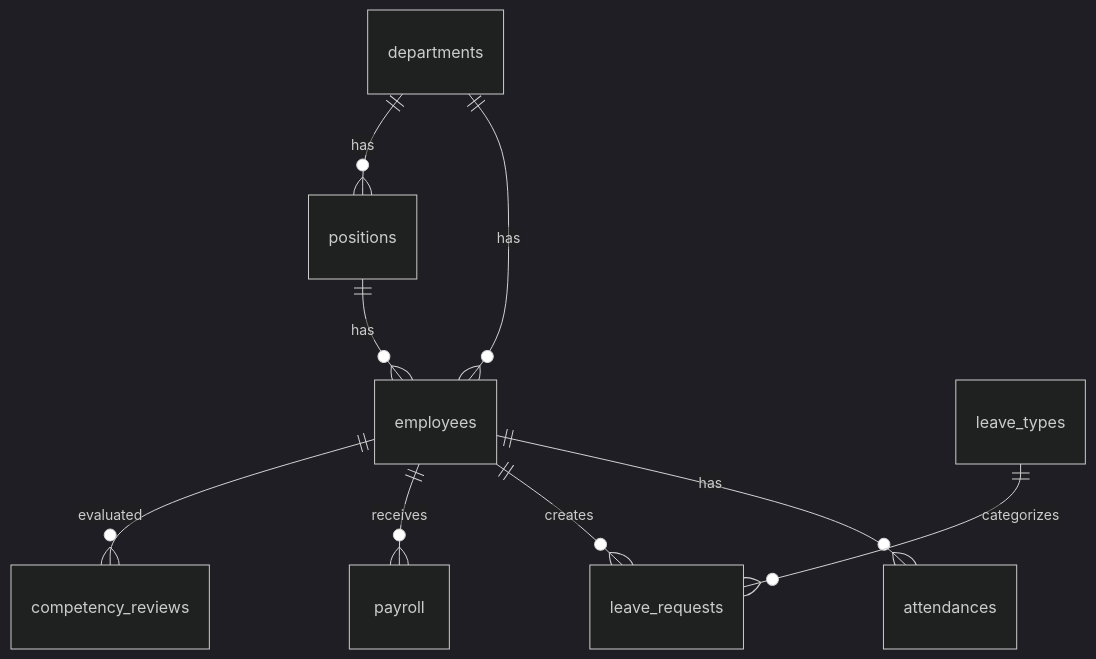
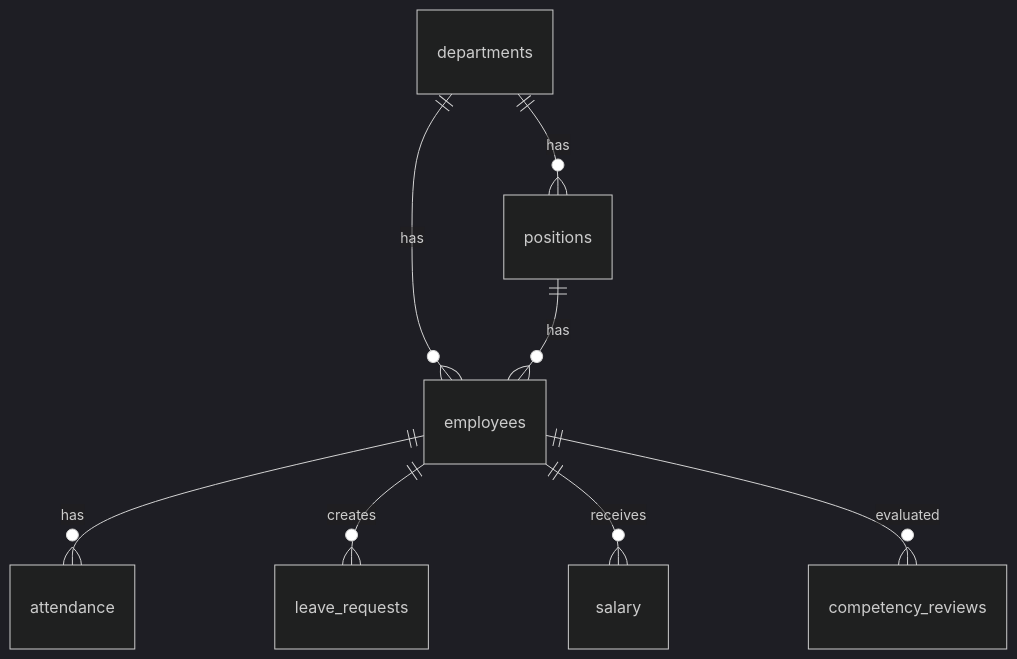
One commit to NamAnh1404/chatbot-hrm-frontend changed diagram 12 of 12 in TAI_LIEU_LOGIC_NGHIEP_VU_HRM.md. Above: the diagram before and after it, drawn with Mermaid (dark theme). The commit also changed other lines of this file and 8 other files, not shown here.

Commit message:
Connect employee management to MySQL schema

````diff
--- a/TAI_LIEU_LOGIC_NGHIEP_VU_HRM.md
+++ b/TAI_LIEU_LOGIC_NGHIEP_VU_HRM.md
@@ -754,11 +768,10 @@
 ```mermaid
 erDiagram
     departments ||--o{ employees : has
     departments ||--o{ positions : has
     positions ||--o{ employees : has
-    employees ||--o{ attendances : has
+    employees ||--o{ attendance : has
     employees ||--o{ leave_requests : creates
-    leave_types ||--o{ leave_requests : categorizes
-    employees ||--o{ payroll : receives
+    employees ||--o{ salary : receives
     employees ||--o{ competency_reviews : evaluated
 ```
````
